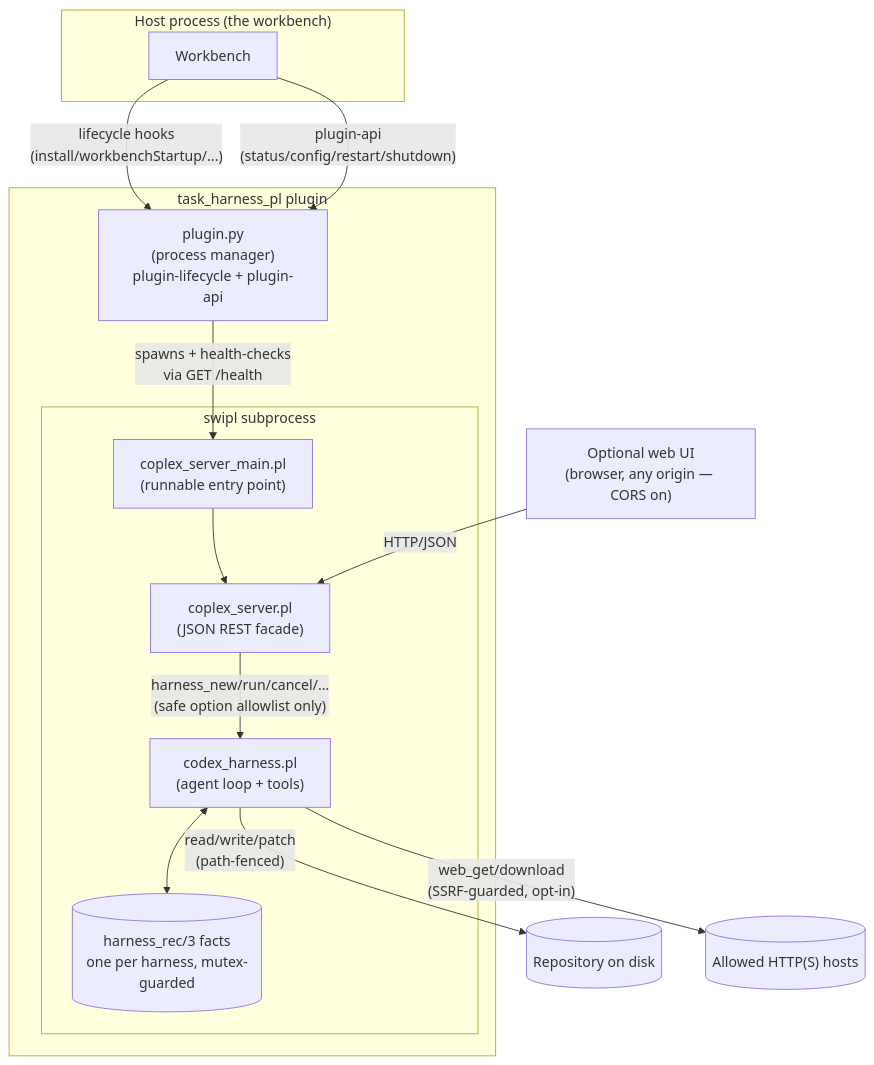
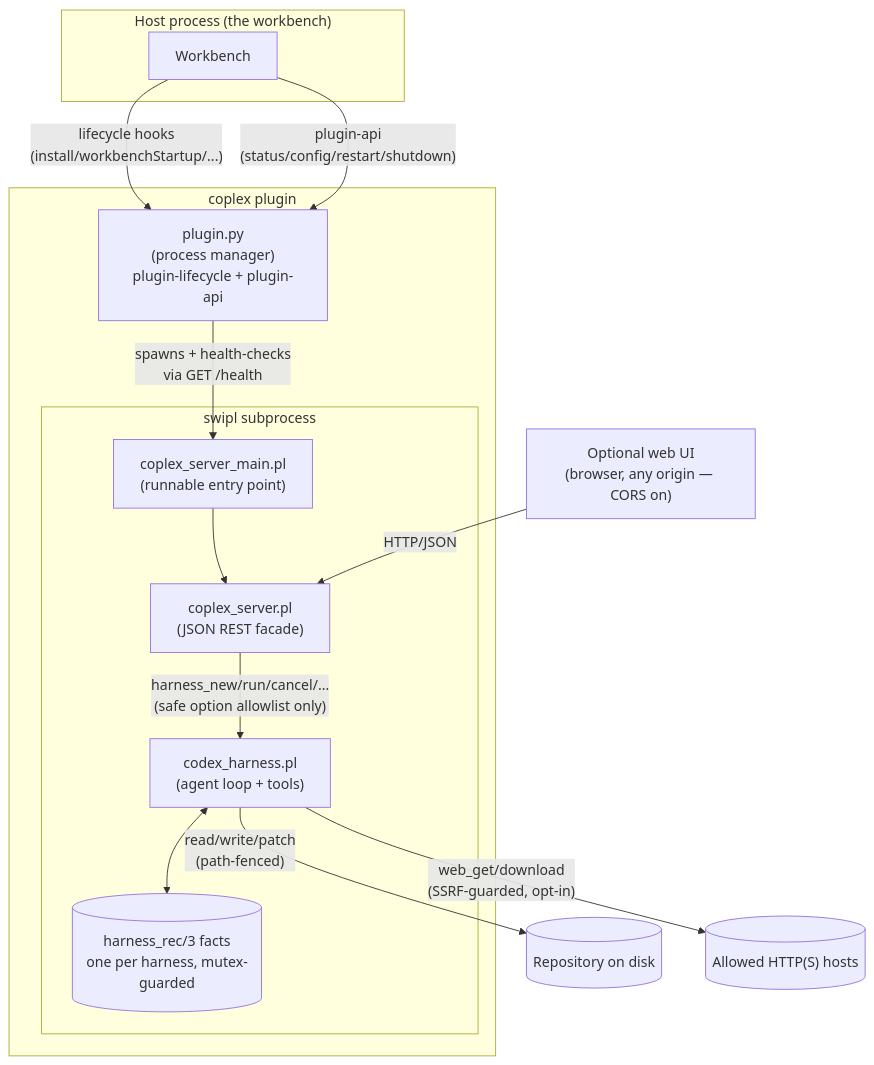
Before and after one commit to logicmoo/coplex: the diagram in docs/README.md, drawn with Mermaid. The commit also changed other lines of this file and 8 other files, not shown here.

First line of the commit message:
Rebrand task_harness_pl to coplex; add /coplex route parity

````diff
--- a/docs/README.md
+++ b/docs/README.md
@@ -53,30 +53,30 @@
 ```mermaid
 graph TB
     subgraph Host["Host process (the workbench)"]
         WB["Workbench"]
     end
 
-    subgraph Plugin["task_harness_pl plugin"]
+    subgraph Plugin["coplex plugin"]
         PY["plugin.py\n(process manager)\nplugin-lifecycle + plugin-api"]
         subgraph SW["swipl subprocess"]
             MAIN["coplex_server_main.pl\n(runnable entry point)"]
             SRV["coplex_server.pl\n(JSON REST facade)"]
             CORE["codex_harness.pl\n(agent loop + tools)"]
             STATE[("harness_rec/3 facts\none per harness, mutex-guarded")]
         end
     end
 
     REPO[("Repository on disk")]
     NET[("Allowed HTTP(S) hosts")]
     UI["Optional web UI\n(browser, any origin — CORS on)"]
 
     WB -- "lifecycle hooks\n(install/workbenchStartup/...)" --> PY
     WB -- "plugin-api\n(status/config/restart/shutdown)" --> PY
     PY -- "spawns + health-checks\nvia GET /health" --> MAIN
     MAIN --> SRV
     UI -- "HTTP/JSON" --> SRV
     SRV -- "harness_new/run/cancel/...\n(safe option allowlist only)" --> CORE
     CORE <--> STATE
     CORE -- "read/write/patch\n(path-fenced)" --> REPO
     CORE -- "web_get/download\n(SSRF-guarded, opt-in)" --> NET
 ```
````
